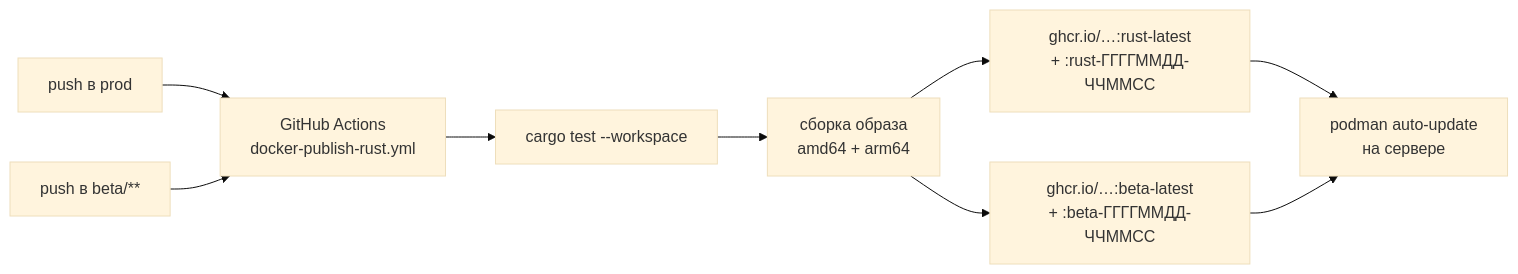
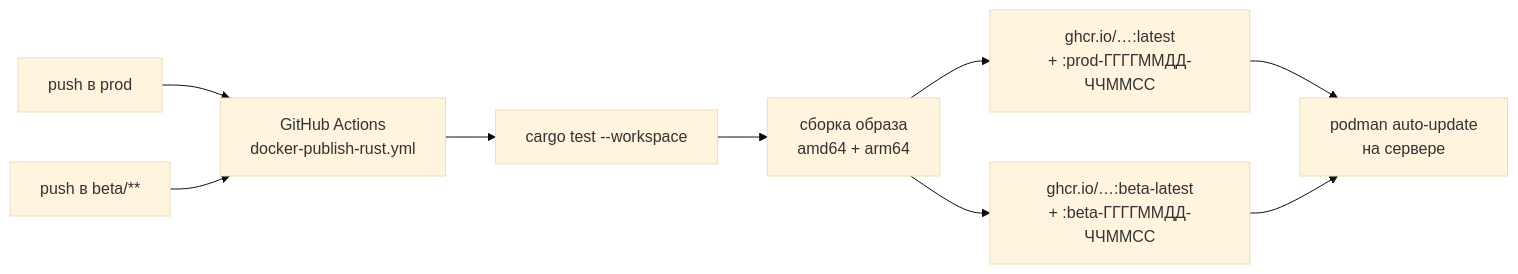
One commit to dimmik/tourcalc changed the sixth of 6 diagrams in rust/GUIDE.md. Above: the diagram before and after it, drawn with Mermaid (base theme). The commit also changed other lines of this file and 5 other files, not shown here.

````diff
--- a/rust/GUIDE.md
+++ b/rust/GUIDE.md
@@ -475,11 +475,11 @@
 ```mermaid
 graph LR
     prod["push в prod"] --> ci["GitHub Actions<br/>docker-publish-rust.yml"]
     beta["push в beta/**"] --> ci
     ci --> tests["cargo test --workspace"]
     tests --> build["сборка образа<br/>amd64 + arm64"]
-    build --> tprod["ghcr.io/…:rust-latest<br/>+ :rust-ГГГГММДД-ЧЧММСС"]
+    build --> tprod["ghcr.io/…:latest<br/>+ :prod-ГГГГММДД-ЧЧММСС"]
     build --> tbeta["ghcr.io/…:beta-latest<br/>+ :beta-ГГГГММДД-ЧЧММСС"]
     tprod --> pod["podman auto-update<br/>на сервере"]
     tbeta --> pod
 ```
````
